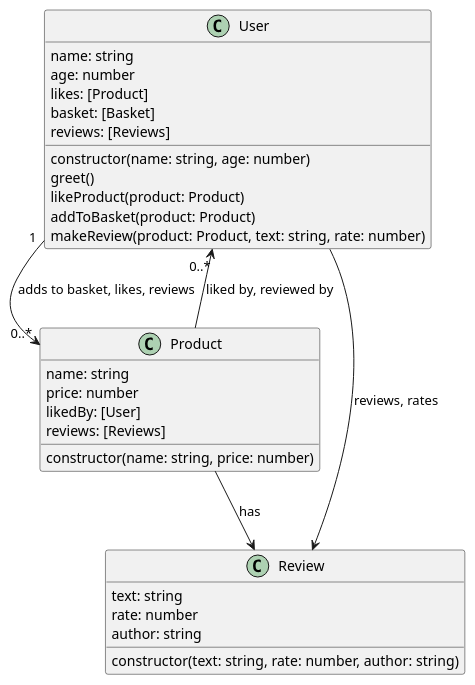
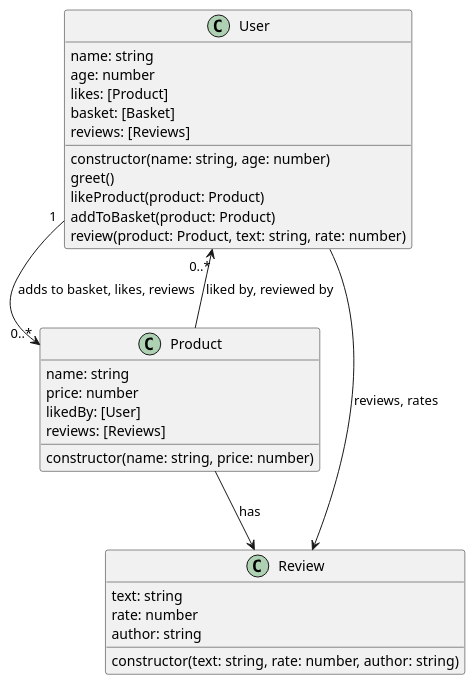
Before and after one commit to zyaparcetin/express-example: the diagram in architecture/class.puml, drawn with PlantUML.

Commit message:
Change makeReview to review

```diff
--- a/architecture/class.puml
+++ b/architecture/class.puml
@@ -1,39 +1,39 @@
 @startuml Joy Toys Class Diagram
 class User {
   name: string 
   age: number
   likes: [Product]
   basket: [Basket]
   reviews: [Reviews]
 
   constructor(name: string, age: number)
   greet()
   likeProduct(product: Product)
   addToBasket(product: Product)
-  makeReview(product: Product, text: string, rate: number)
+  review(product: Product, text: string, rate: number)
 }
 
 class Product {
   name: string
   price: number
   likedBy: [User]
   reviews: [Reviews]
 
   constructor(name: string, price: number)
 }
 
 class Review {
   text: string
   rate: number
   author: string
 
   constructor(text: string, rate: number, author: string)
 }
 
 User "1"  --> "0..*"  Product : adds to basket, likes, reviews
 Product --> "0..*" User : liked by, reviewed by
 User --> Review : reviews, rates
 Product --> Review : has
 
 
 @enduml
```
